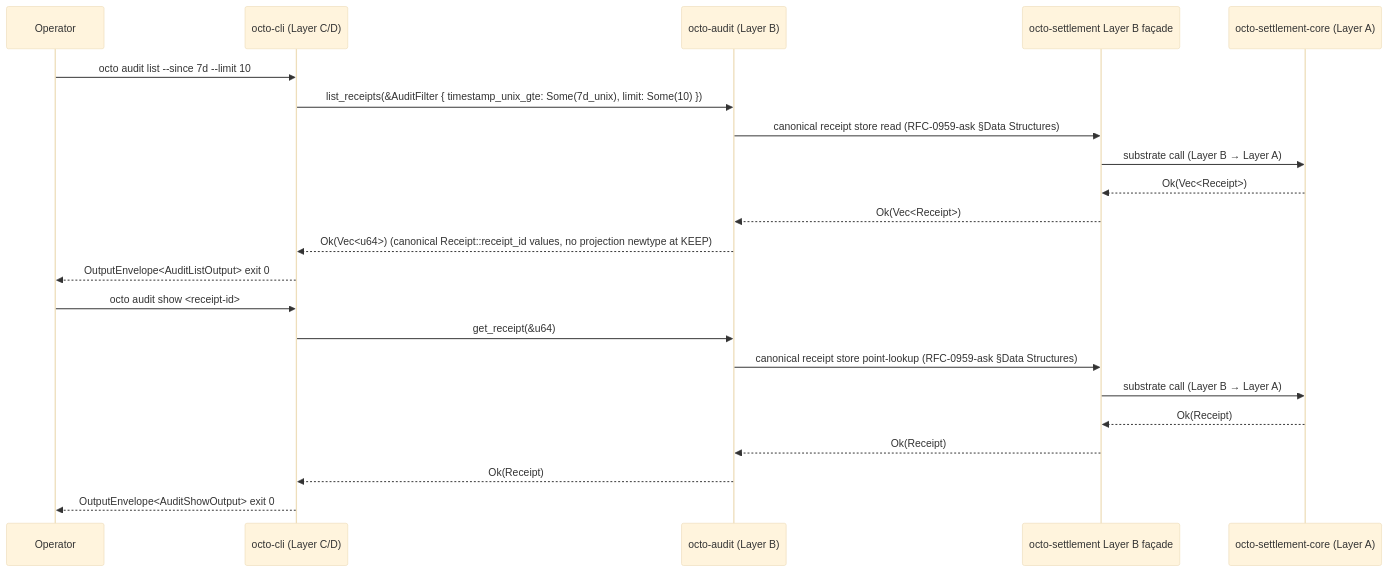
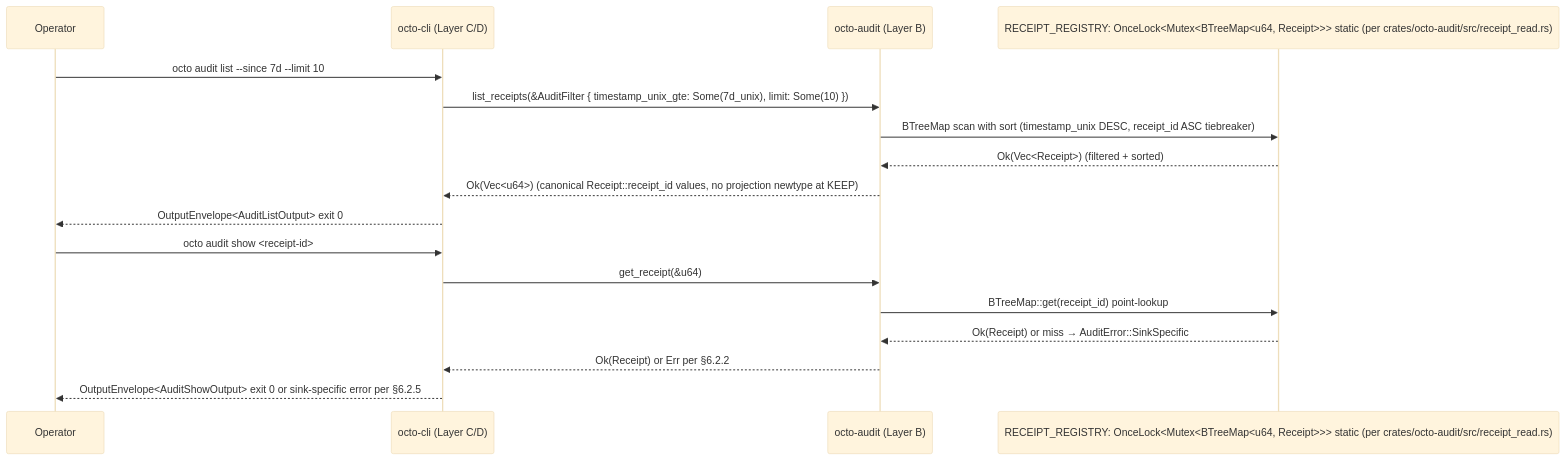
Before and after one commit to CipherOcto/cipherocto: the diagram in rfcs/draft/process/0016-audit-receipt-api.md, drawn with Mermaid (base theme). The commit also changed other lines of this file and 2 other files, not shown here.

First line of the commit message:
fix(rfcs): R3.5 multi-round DRY on RFC-0015 + RFC-0016 + RFC-0015-a

````diff
--- a/rfcs/draft/process/0016-audit-receipt-api.md
+++ b/rfcs/draft/process/0016-audit-receipt-api.md
@@ -361,26 +361,21 @@
 ```mermaid
 sequenceDiagram
     participant Op as Operator
     participant CLI as octo-cli (Layer C/D)
     participant Aud as octo-audit (Layer B)
-    participant Settle as octo-settlement Layer B façade
-    participant SettleCore as octo-settlement-core (Layer A)
+    participant Reg as RECEIPT_REGISTRY: OnceLock<Mutex<BTreeMap<u64, Receipt>>> static (per crates/octo-audit/src/receipt_read.rs)
 
     Op->>CLI: octo audit list --since 7d --limit 10
     CLI->>Aud: list_receipts(&AuditFilter { timestamp_unix_gte: Some(7d_unix), limit: Some(10) })
-    Aud->>Settle: canonical receipt store read (RFC-0959-ask §Data Structures)
-    Settle->>SettleCore: substrate call (Layer B → Layer A)
-    SettleCore-->>Settle: Ok(Vec<Receipt>)
-    Settle-->>Aud: Ok(Vec<Receipt>)
+    Aud->>Reg: BTreeMap scan with sort (timestamp_unix DESC, receipt_id ASC tiebreaker)
+    Reg-->>Aud: Ok(Vec<Receipt>) (filtered + sorted)
     Aud-->>CLI: Ok(Vec<u64>) (canonical Receipt::receipt_id values, no projection newtype at KEEP)
     CLI-->>Op: OutputEnvelope<AuditListOutput> exit 0
 
     Op->>CLI: octo audit show <receipt-id>
     CLI->>Aud: get_receipt(&u64)
-    Aud->>Settle: canonical receipt store point-lookup (RFC-0959-ask §Data Structures)
-    Settle->>SettleCore: substrate call (Layer B → Layer A)
-    SettleCore-->>Settle: Ok(Receipt)
-    Settle-->>Aud: Ok(Receipt)
-    Aud-->>CLI: Ok(Receipt)
-    CLI-->>Op: OutputEnvelope<AuditShowOutput> exit 0
+    Aud->>Reg: BTreeMap::get(receipt_id) point-lookup
+    Reg-->>Aud: Ok(Receipt) or miss → AuditError::SinkSpecific
+    Aud-->>CLI: Ok(Receipt) or Err per §6.2.2
+    CLI-->>Op: OutputEnvelope<AuditShowOutput> exit 0 or sink-specific error per §6.2.5
 ```
````
